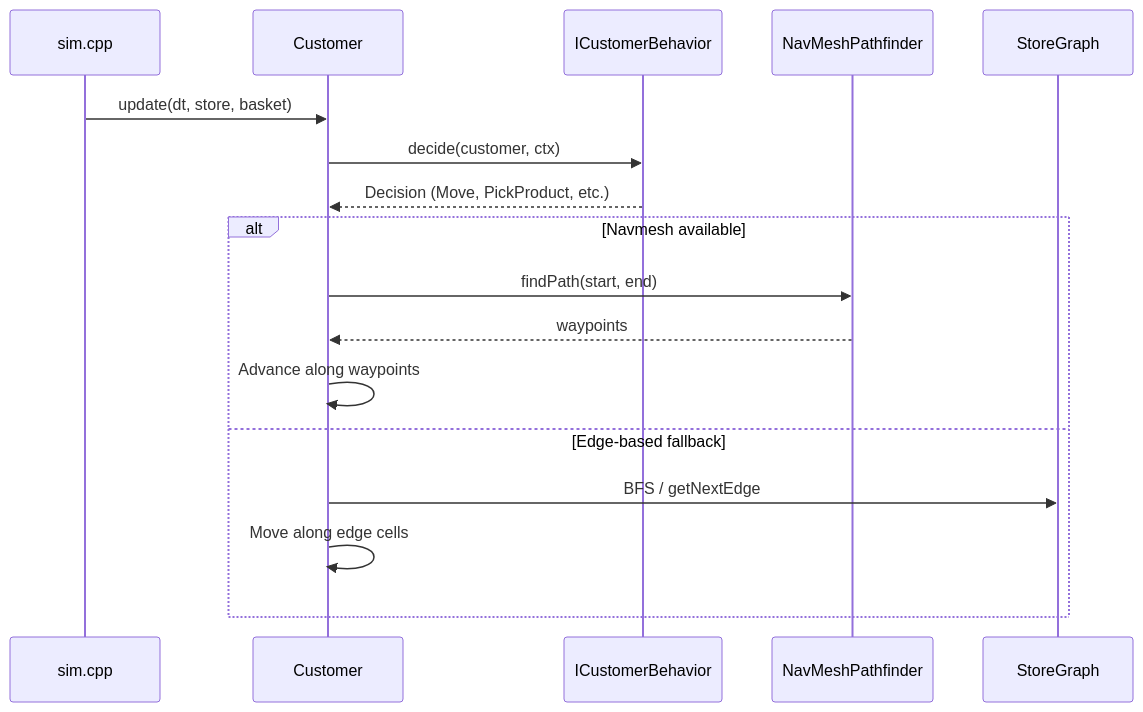
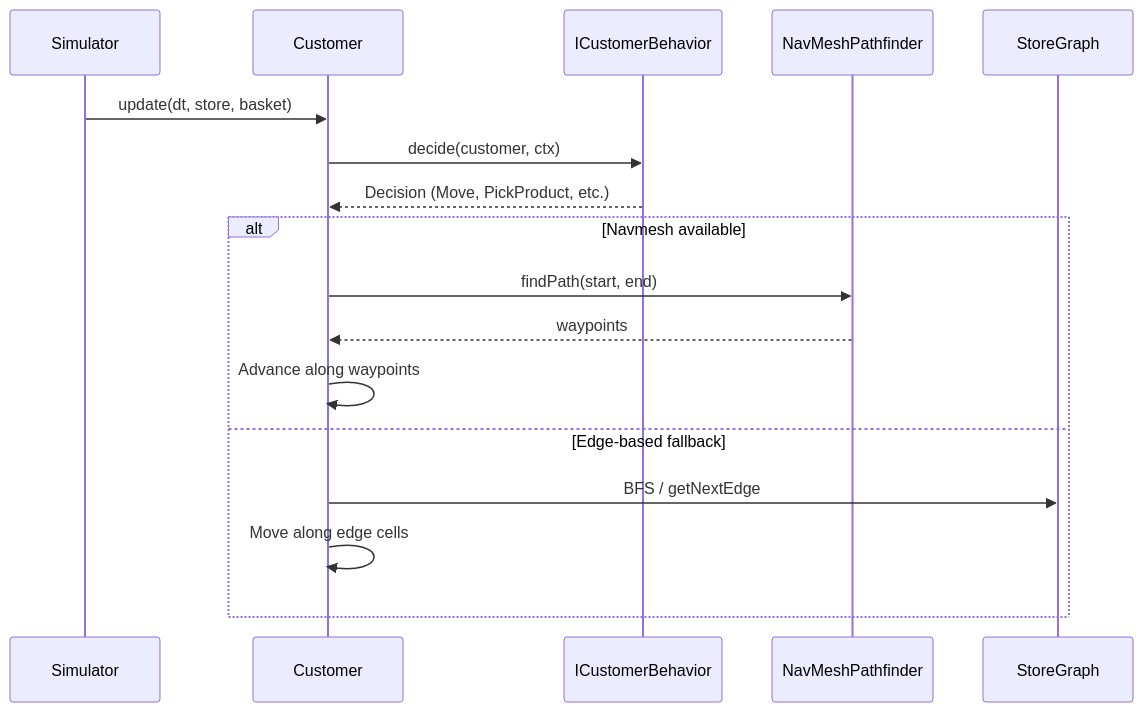
One commit to KristianKrattiger/PriceRiot changed the third of 3 diagrams in cxx/docs/ARCHITECTURE.md. Above: the diagram before and after it, drawn with Mermaid. The commit also changed other lines of this file and 46 other files, not shown here.

````diff
--- a/cxx/docs/ARCHITECTURE.md
+++ b/cxx/docs/ARCHITECTURE.md
@@ -105,20 +117,20 @@
 ```mermaid
 sequenceDiagram
-    participant Sim as sim.cpp
+    participant Sim as Simulator
     participant Cust as Customer
     participant Beh as ICustomerBehavior
     participant Nav as NavMeshPathfinder
     participant Store as StoreGraph
 
     Sim->>Cust: update(dt, store, basket)
     Cust->>Beh: decide(customer, ctx)
     Beh-->>Cust: Decision (Move, PickProduct, etc.)
     alt Navmesh available
         Cust->>Nav: findPath(start, end)
         Nav-->>Cust: waypoints
         Cust->>Cust: Advance along waypoints
     else Edge-based fallback
         Cust->>Store: BFS / getNextEdge
         Cust->>Cust: Move along edge cells
     end
 ```
````
